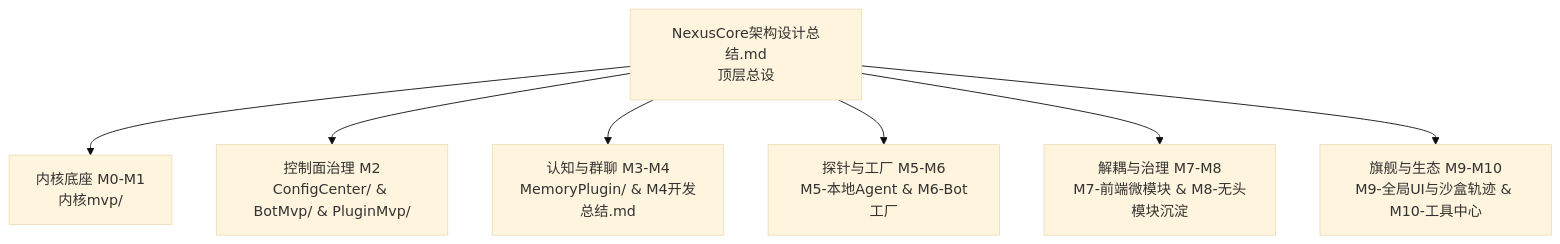
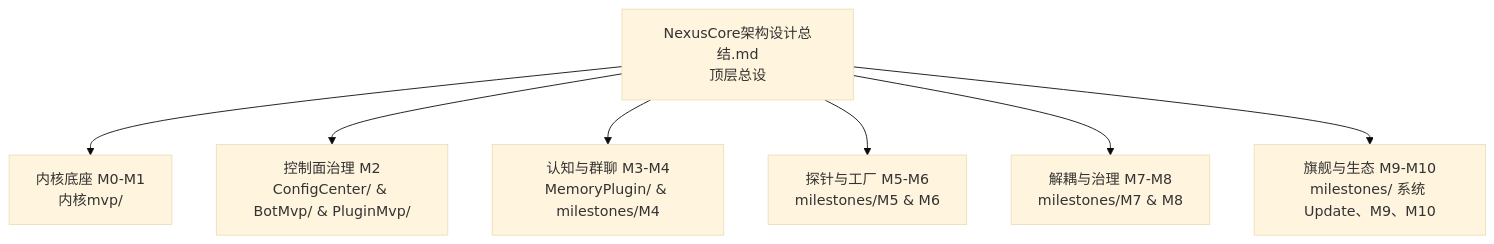
Before and after one commit to 888xiyan/NexusCore: the diagram in doc/README.md, drawn with Mermaid (base theme). The commit also changed other lines of this file and 20 other files, not shown here.

````diff
--- a/doc/README.md
+++ b/doc/README.md
@@ -9,9 +9,9 @@
 ```mermaid
 graph TD
     A[NexusCore架构设计总结.md<br/>顶层总设] --> B[内核底座 M0-M1<br/>内核mvp/]
     A --> C[控制面治理 M2<br/>ConfigCenter/ & BotMvp/ & PluginMvp/]
-    A --> D[认知与群聊 M3-M4<br/>MemoryPlugin/ & M4开发总结.md]
-    A --> E[探针与工厂 M5-M6<br/>M5-本地Agent & M6-Bot工厂]
-    A --> F[解耦与治理 M7-M8<br/>M7-前端微模块 & M8-无头模块沉淀]
-    A --> G[旗舰与生态 M9-M10<br/>M9-全局UI与沙盒轨迹 & M10-工具中心]
+    A --> D[认知与群聊 M3-M4<br/>MemoryPlugin/ & milestones/M4]
+    A --> E[探针与工厂 M5-M6<br/>milestones/M5 & M6]
+    A --> F[解耦与治理 M7-M8<br/>milestones/M7 & M8]
+    A --> G[旗舰与生态 M9-M10<br/>milestones/ 系统 Update、M9、M10]
 ```
````
